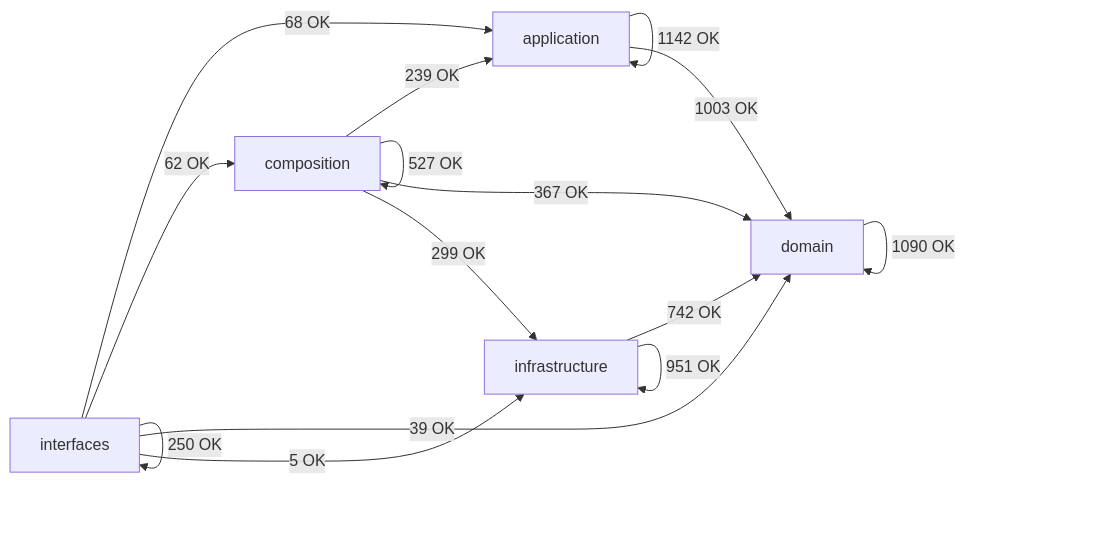
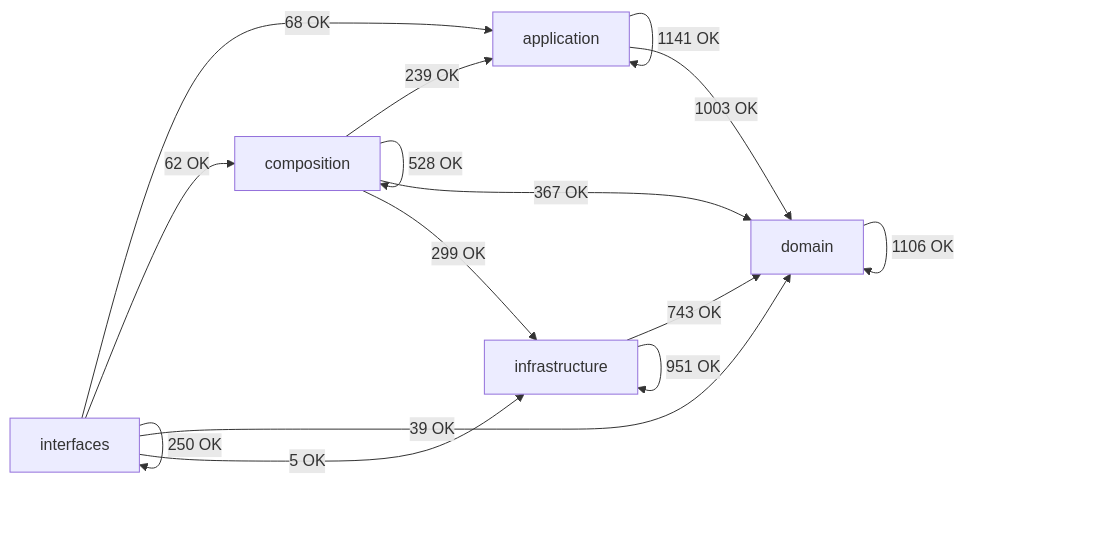
The diagram in docs/02-architecture/generated/module-dependency-map.md (SatoryKono/BioactivityDataAcquisition), drawn with Mermaid before and after one commit. The commit also changed other lines of this file and 274 other files, not shown here.

````diff
--- a/docs/02-architecture/generated/module-dependency-map.md
+++ b/docs/02-architecture/generated/module-dependency-map.md
@@ -17,22 +17,22 @@
 ```mermaid
 flowchart LR
     domain[domain]
     application[application]
     infrastructure[infrastructure]
     composition[composition]
     interfaces[interfaces]
-    application -->|1142 OK| application
+    application -->|1141 OK| application
     application -->|1003 OK| domain
     composition -->|239 OK| application
-    composition -->|527 OK| composition
+    composition -->|528 OK| composition
     composition -->|367 OK| domain
     composition -->|299 OK| infrastructure
-    domain -->|1090 OK| domain
-    infrastructure -->|742 OK| domain
+    domain -->|1106 OK| domain
+    infrastructure -->|743 OK| domain
     infrastructure -->|951 OK| infrastructure
     interfaces -->|68 OK| application
     interfaces -->|62 OK| composition
     interfaces -->|39 OK| domain
     interfaces -->|5 OK| infrastructure
     interfaces -->|250 OK| interfaces
 ```
````
